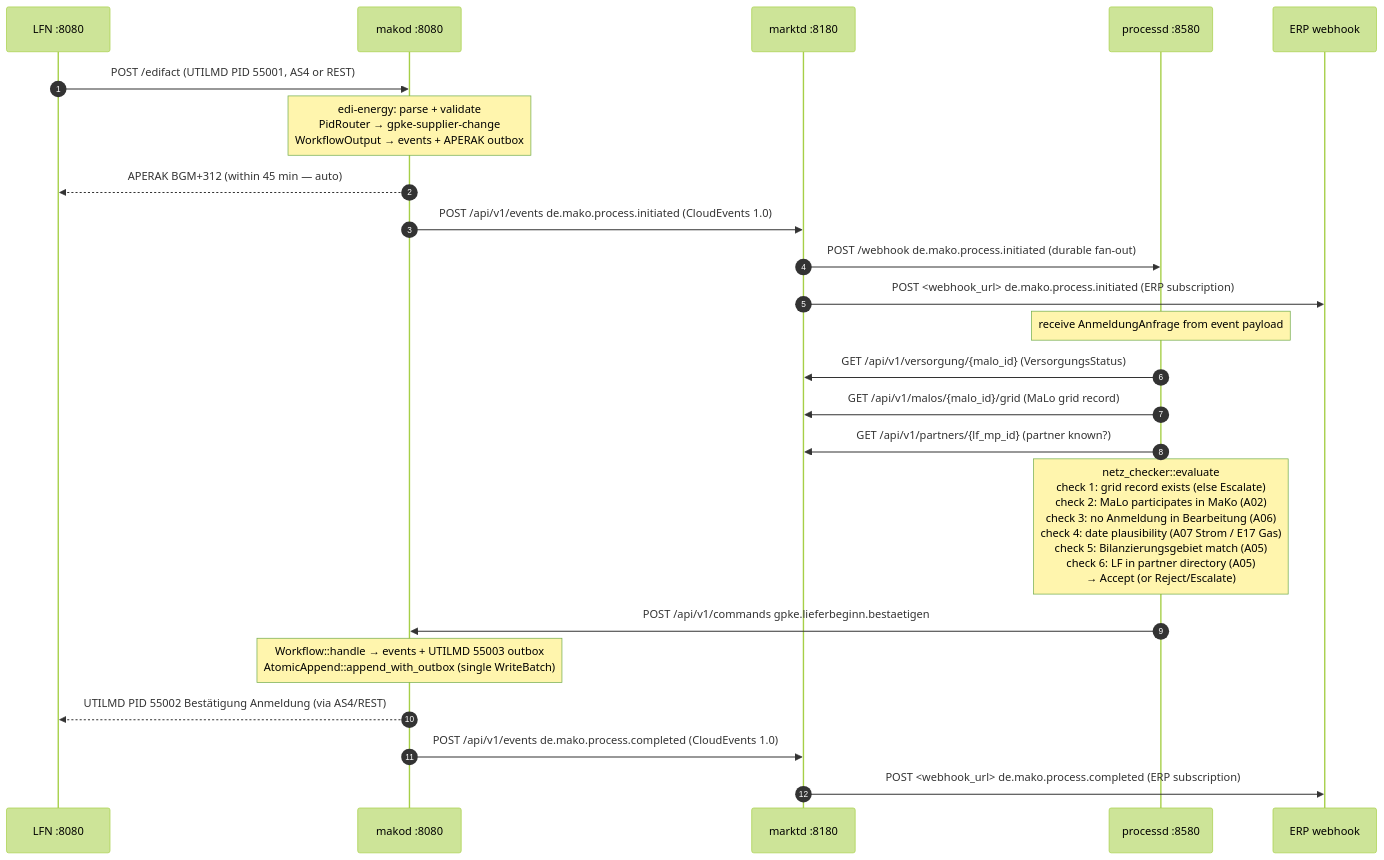
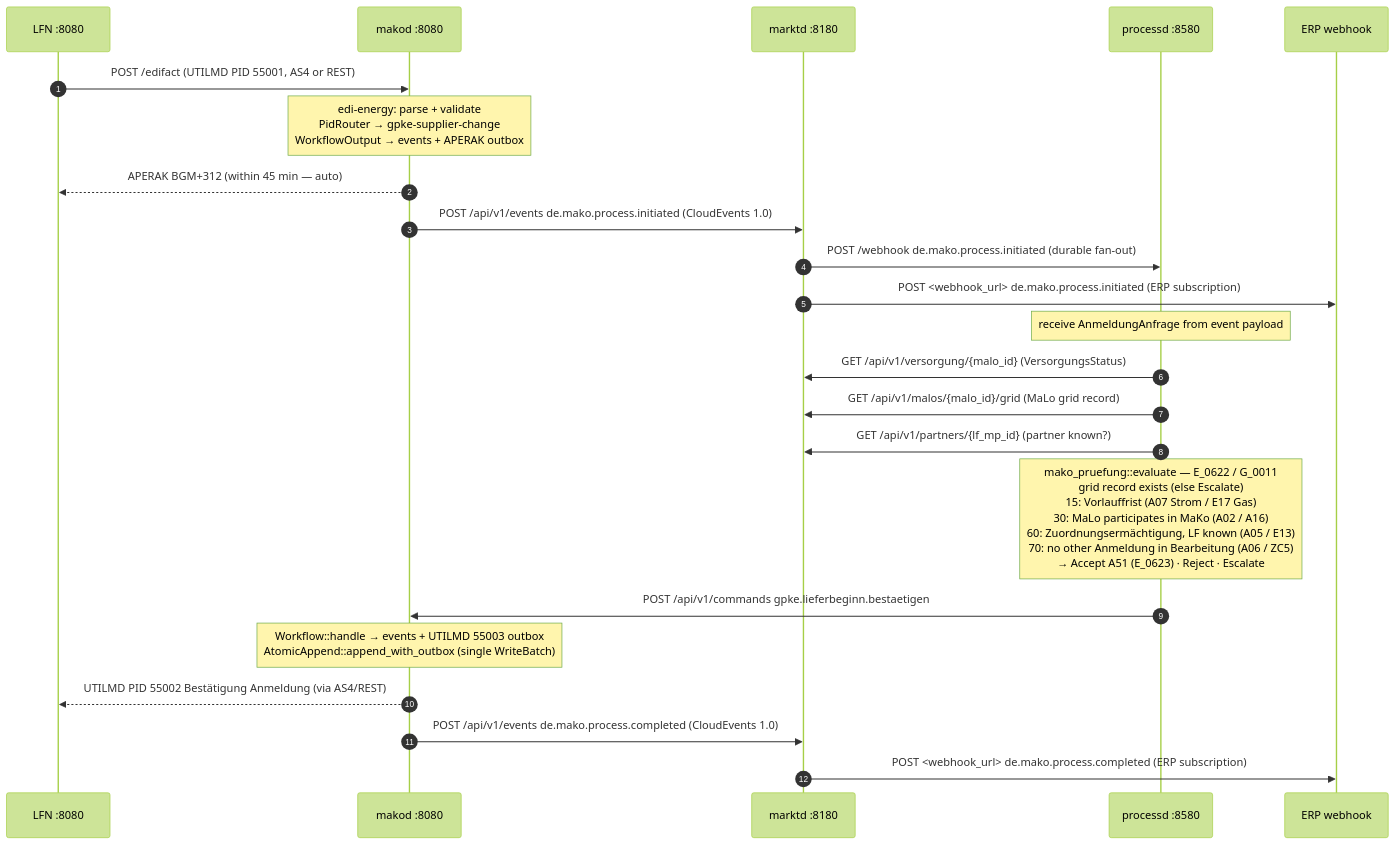
One commit to hupe1980/mako changed the fifth of 5 diagrams in site/content/docs/architecture/_index.md. Above: the diagram before and after it, drawn with Mermaid (forest theme). The commit also changed other lines of this file and 79 other files, not shown here.

````diff
--- a/site/content/docs/architecture/_index.md
+++ b/site/content/docs/architecture/_index.md
@@ -534,27 +538,27 @@
 ```mermaid
 sequenceDiagram
     autonumber
     participant LF as LFN :8080
     participant makod as makod :8080
     participant marktd as marktd :8180
     participant processd as processd :8580
     participant erp as ERP webhook
 
     LF->>makod: POST /edifact  (UTILMD PID 55001, AS4 or REST)
     Note over makod: edi-energy: parse + validate<br/>PidRouter → gpke-supplier-change<br/>WorkflowOutput → events + APERAK outbox
     makod-->>LF: APERAK BGM+312 (within 45 min — auto)
     makod->>marktd: POST /api/v1/events  de.mako.process.initiated  (CloudEvents 1.0)
     marktd->>processd: POST /webhook  de.mako.process.initiated  (durable fan-out)
     marktd->>erp: POST <webhook_url>  de.mako.process.initiated  (ERP subscription)
 
     Note over processd: receive AnmeldungAnfrage from event payload
     processd->>marktd: GET /api/v1/versorgung/{malo_id}  (VersorgungsStatus)
     processd->>marktd: GET /api/v1/malos/{malo_id}/grid  (MaLo grid record)
     processd->>marktd: GET /api/v1/partners/{lf_mp_id}  (partner known?)
-    Note over processd: netz_checker::evaluate<br/>check 1: grid record exists (else Escalate)<br/>check 2: MaLo participates in MaKo (A02)<br/>check 3: no Anmeldung in Bearbeitung (A06)<br/>check 4: date plausibility (A07 Strom / E17 Gas)<br/>check 5: Bilanzierungsgebiet match (A05)<br/>check 6: LF in partner directory (A05)<br/>→ Accept (or Reject/Escalate)
+    Note over processd: mako_pruefung::evaluate — E_0622 / G_0011<br/>grid record exists (else Escalate)<br/>15: Vorlauffrist (A07 Strom / E17 Gas)<br/>30: MaLo participates in MaKo (A02 / A16)<br/>60: Zuordnungsermächtigung, LF known (A05 / E13)<br/>70: no other Anmeldung in Bearbeitung (A06 / ZC5)<br/>→ Accept A51 (E_0623) · Reject · Escalate
     processd->>makod: POST /api/v1/commands  gpke.lieferbeginn.bestaetigen
     Note over makod: Workflow::handle → events + UTILMD 55003 outbox<br/>AtomicAppend::append_with_outbox (single WriteBatch)
     makod-->>LF: UTILMD PID 55002 Bestätigung Anmeldung (via AS4/REST)
     makod->>marktd: POST /api/v1/events  de.mako.process.completed  (CloudEvents 1.0)
     marktd->>erp: POST <webhook_url>  de.mako.process.completed  (ERP subscription)
 ```
````
